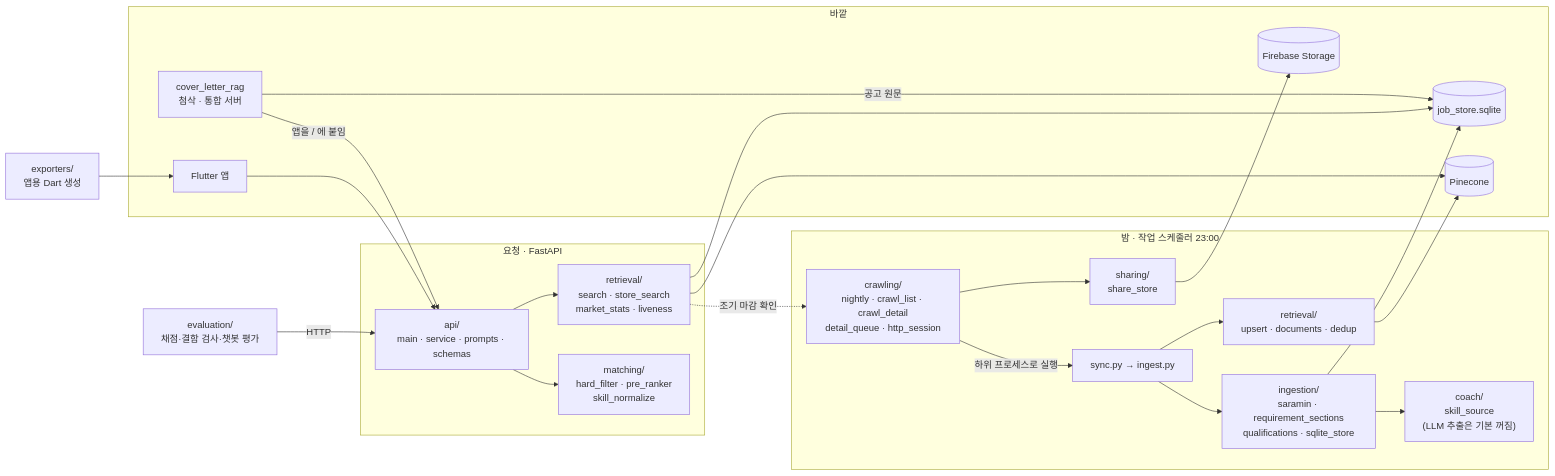
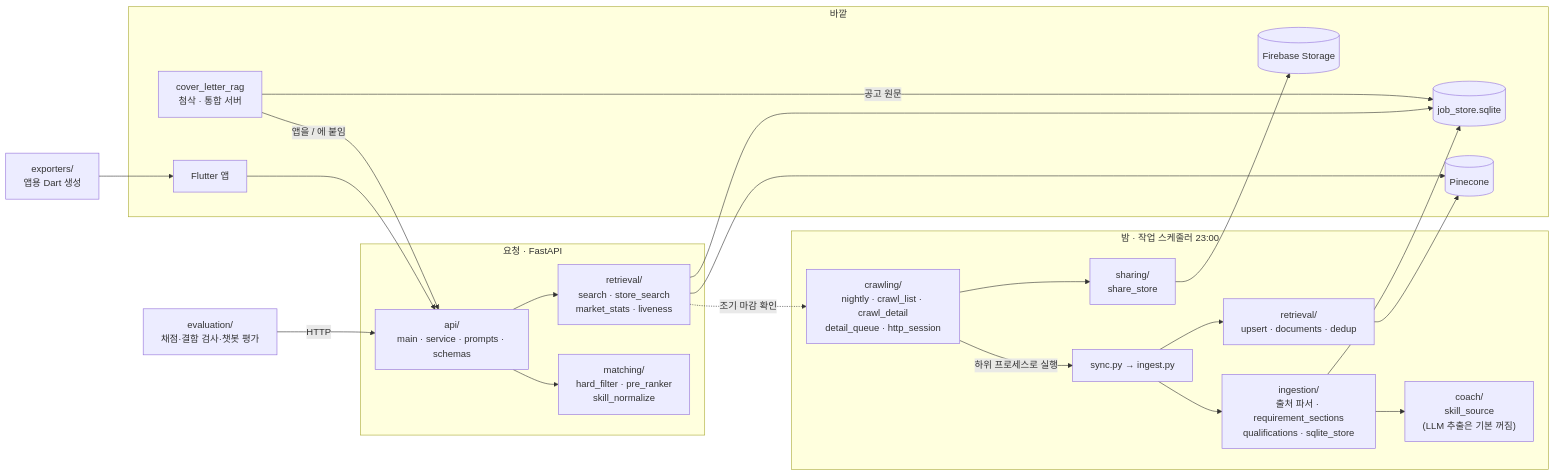
The diagram in job_matching_bot/docs/modules.md (SKNETWORKS-FAMILY-AICAMP/SKN34-3rd-2Team), drawn with Mermaid before and after one commit. The commit also changed other lines of this file and 6 other files, not shown here.

````diff
--- a/job_matching_bot/docs/modules.md
+++ b/job_matching_bot/docs/modules.md
@@ -9,39 +9,39 @@
 ```mermaid
 flowchart LR
   subgraph NIGHT["밤 · 작업 스케줄러 23:00"]
     CR["crawling/<br>nightly · crawl_list · crawl_detail<br>detail_queue · http_session"]
     SY["sync.py → ingest.py"]
-    IN["ingestion/<br>saramin · requirement_sections<br>qualifications · sqlite_store"]
+    IN["ingestion/<br>출처 파서 · requirement_sections<br>qualifications · sqlite_store"]
     CO["coach/<br>skill_source<br>(LLM 추출은 기본 꺼짐)"]
     UP["retrieval/<br>upsert · documents · dedup"]
     SH["sharing/<br>share_store"]
   end
   subgraph REQ["요청 · FastAPI"]
     API["api/<br>main · service · prompts · schemas"]
     SE["retrieval/<br>search · store_search<br>market_stats · liveness"]
     MA["matching/<br>hard_filter · pre_ranker<br>skill_normalize"]
   end
   subgraph OUT["바깥"]
     DB[("job_store.sqlite")]
     PC[("Pinecone")]
     ST[("Firebase Storage")]
     APP["Flutter 앱"]
     CL["cover_letter_rag<br>첨삭 · 통합 서버"]
   end
   CR -->|"하위 프로세스로 실행"| SY
   SY --> IN
   IN --> CO
   IN --> DB
   SY --> UP --> PC
   CR --> SH --> ST
   APP --> API
   CL -->|"앱을 / 에 붙임"| API
   API --> SE
   API --> MA
   SE --> PC
   SE --> DB
   SE -.->|"조기 마감 확인"| CR
   CL -->|"공고 원문"| DB
   EV["evaluation/<br>채점·결함 검사·챗봇 평가"] -->|HTTP| API
   EX["exporters/<br>앱용 Dart 생성"] --> APP
 ```
````
